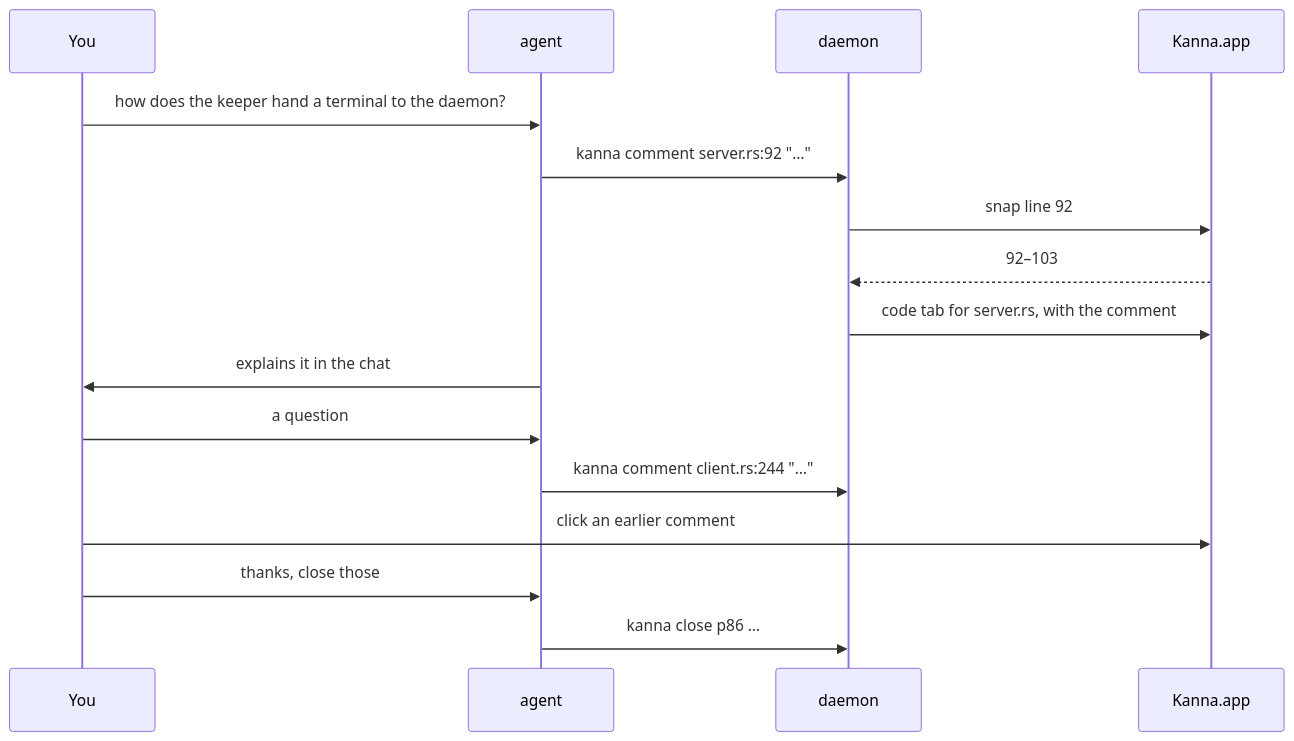
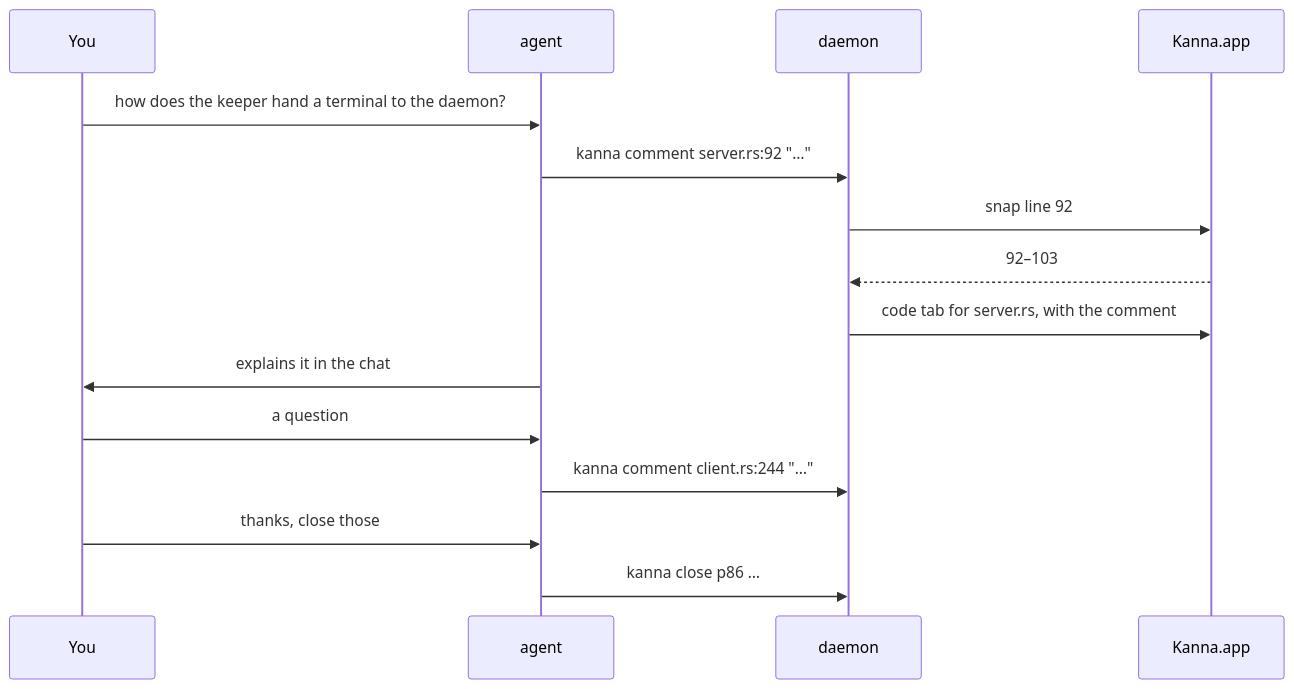
The first of 2 diagrams in docs/specs/code-tour.md (jemdiggity/kanna-v4), drawn with Mermaid before and after one commit. The commit also changed other lines of this file and 4 other files, not shown here.

Commit message:
Code tour: only the newest comment shows, in a box above its lines; no list beside the code; the skill is kanna-explain, with markdown docs and diagrams beside comments; ⌃− ⌃⇧− navigation is backlog t40

````diff
--- a/docs/specs/code-tour.md
+++ b/docs/specs/code-tour.md
@@ -23,18 +22,17 @@
 ```mermaid
 sequenceDiagram
     participant You
     participant A as agent
     participant D as daemon
     participant App as Kanna.app
     You->>A: how does the keeper hand a terminal to the daemon?
     A->>D: kanna comment server.rs:92 "…"
     D->>App: snap line 92
     App-->>D: 92–103
     D->>App: code tab for server.rs, with the comment
     A->>You: explains it in the chat
     You->>A: a question
     A->>D: kanna comment client.rs:244 "…"
-    You->>App: click an earlier comment
     You->>A: thanks, close those
     A->>D: kanna close p86 …
 ```
````
